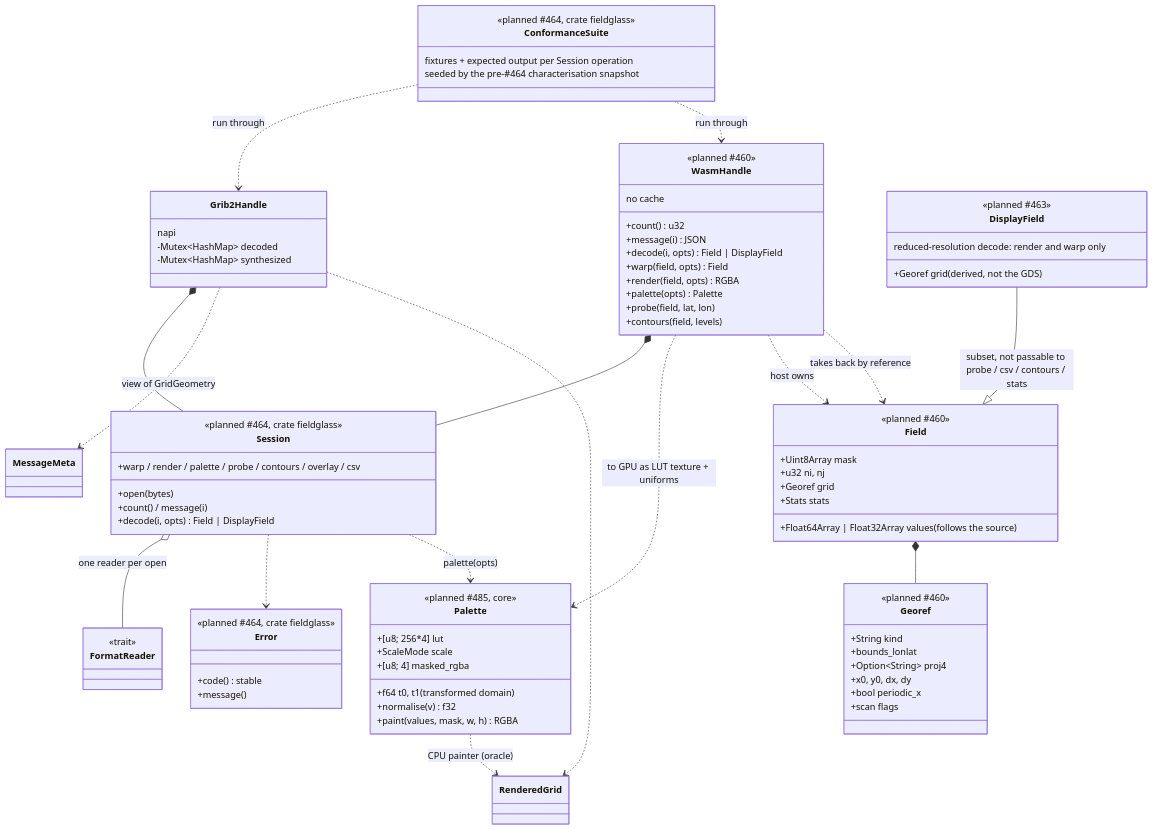
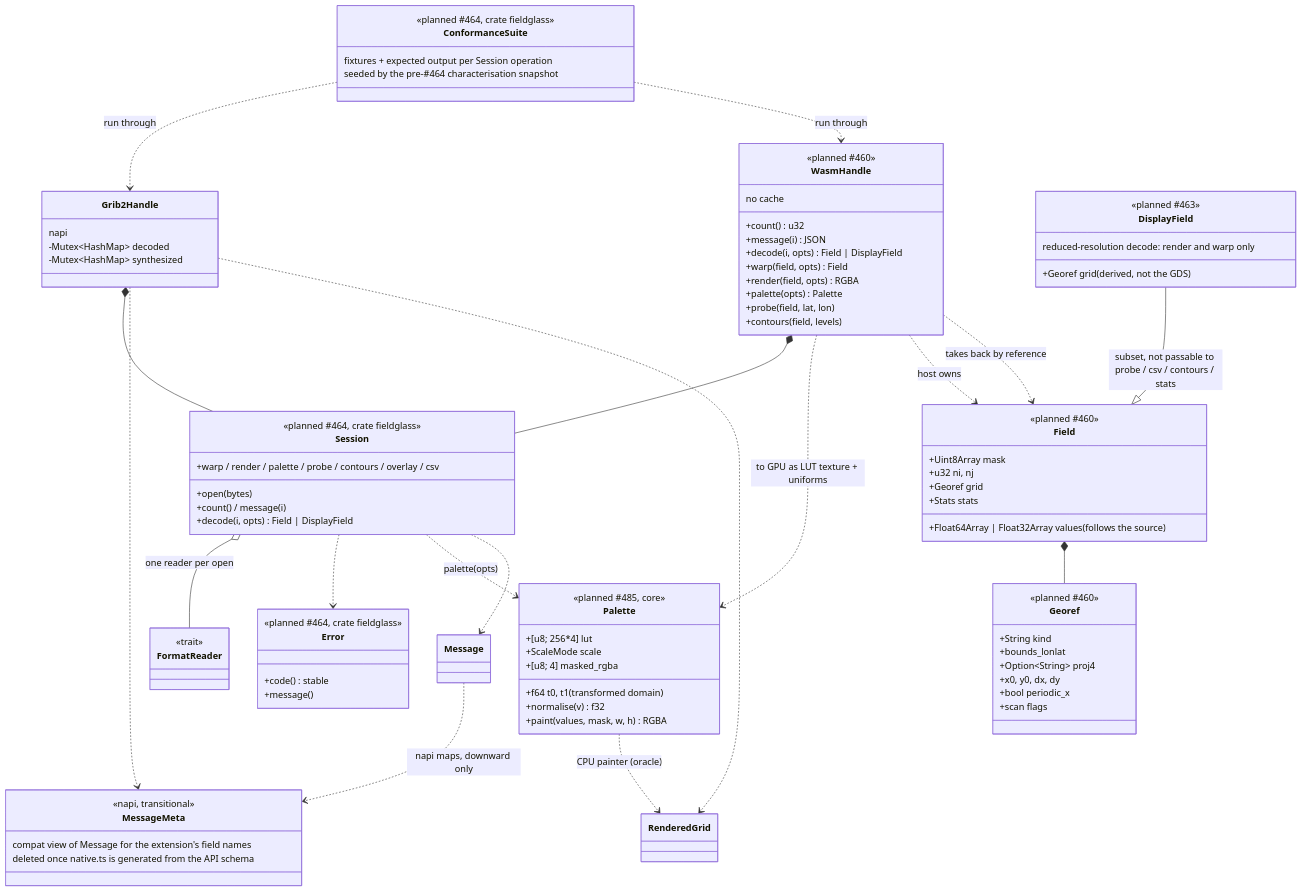
Before and after one commit to D0ubleD0uble/fieldglass: the fourth of 4 diagrams in docs/architecture/planned/03-composition.md, drawn with Mermaid. The commit also changed other lines of this file and 1 other file, not shown here.

First line of the commit message:
docs: DTO dependencies point down only — one API view in fieldglass

```diff
--- a/docs/architecture/planned/03-composition.md
+++ b/docs/architecture/planned/03-composition.md
@@ -170,7 +179,14 @@
     Session ..> Palette : palette(opts)
     Palette ..> RenderedGrid : CPU painter (oracle)
     WasmHandle ..> Palette : to GPU as LUT texture + uniforms
-    Grib2Handle ..> MessageMeta : view of GridGeometry
+    class MessageMeta {
+        <<napi, transitional>>
+        compat view of Message for the extension's field names
+        deleted once native.ts is generated from the API schema
+    }
+    Session ..> Message
+    Message ..> MessageMeta : napi maps, downward only
+    Grib2Handle ..> MessageMeta
     Grib2Handle ..> RenderedGrid
     WasmHandle ..> Field : host owns
     Field *-- Georef
```
